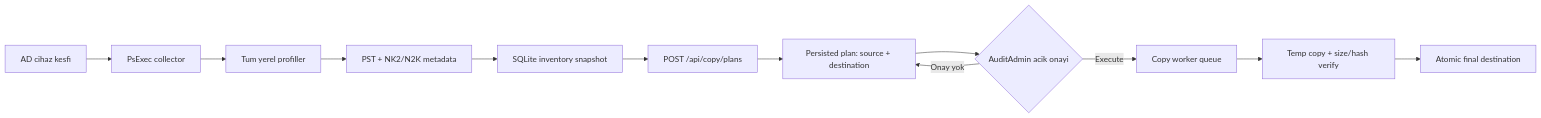
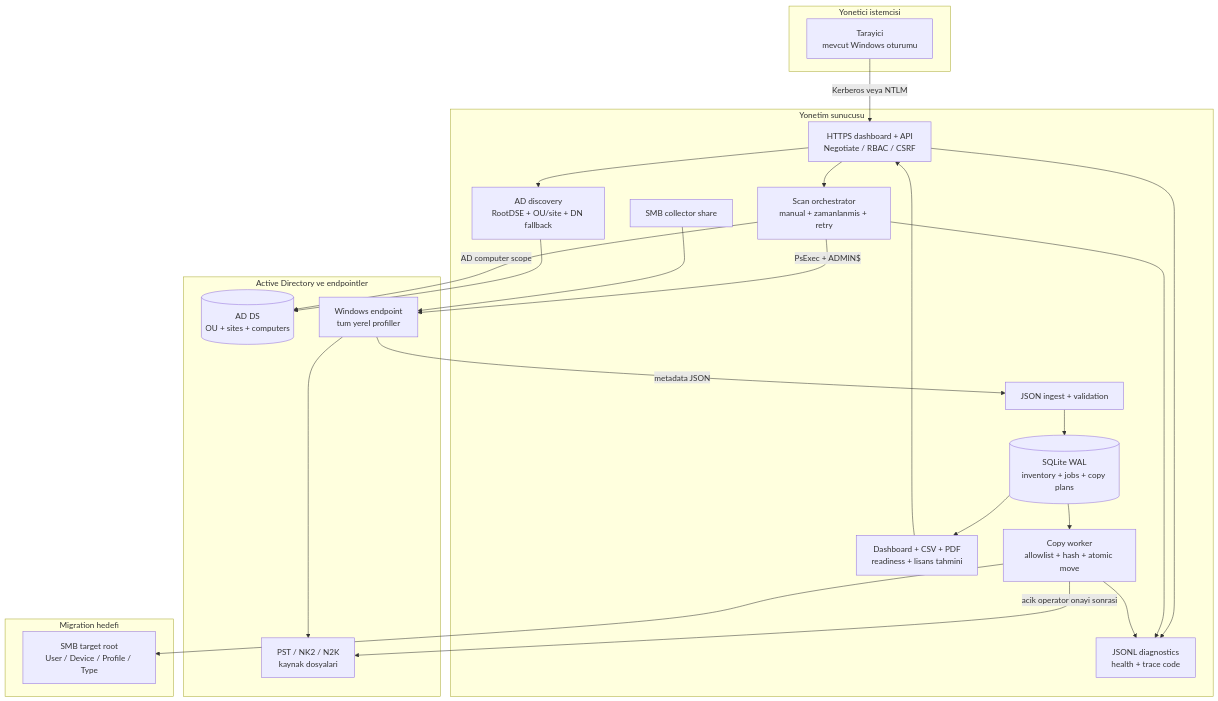
Before and after one commit to deepdarbe/O365AuditTool: the first of 2 diagrams in docs/O365-ARTIFACT-COPY-ARCHITECTURE.md, drawn with Mermaid. The commit also changed other lines of this file and 28 other files, not shown here.

Commit message:
feat: harden audit operations and dashboard

````diff
--- a/docs/O365-ARTIFACT-COPY-ARCHITECTURE.md
+++ b/docs/O365-ARTIFACT-COPY-ARCHITECTURE.md
@@ -9,14 +9,47 @@
 ```mermaid
-flowchart LR
-    A["AD cihaz kesfi"] --> B["PsExec collector"]
-    B --> C["Tum yerel profiller"]
-    C --> D["PST + NK2/N2K metadata"]
-    D --> E["SQLite inventory snapshot"]
-    E --> F["POST /api/copy/plans"]
-    F --> G["Persisted plan: source + destination"]
-    G --> H{"AuditAdmin acik onayi"}
-    H -->|Onay yok| G
-    H -->|Execute| I["Copy worker queue"]
-    I --> J["Temp copy + size/hash verify"]
-    J --> K["Atomic final destination"]
+flowchart TB
+    subgraph Client["Yonetici istemcisi"]
+        Browser["Tarayici\nmevcut Windows oturumu"]
+    end
+
+    subgraph Management["Yonetim sunucusu"]
+        Edge["HTTPS dashboard + API\nNegotiate / RBAC / CSRF"]
+        Directory["AD discovery\nRootDSE + OU/site + DN fallback"]
+        Orchestrator["Scan orchestrator\nmanual + zamanlanmis + retry"]
+        Ingest["JSON ingest + validation"]
+        Database[("SQLite WAL\ninventory + jobs + copy plans")]
+        Reports["Dashboard + CSV + PDF\nreadiness + lisans tahmini"]
+        Copy["Copy worker\nallowlist + hash + atomic move"]
+        Logs["JSONL diagnostics\nhealth + trace code"]
+        Share["SMB collector share"]
+    end
+
+    subgraph Domain["Active Directory ve endpointler"]
+        AD[("AD DS\nOU + sites + computers")]
+        Endpoint["Windows endpoint\ntum yerel profiller"]
+        Source["PST / NK2 / N2K\nkaynak dosyalari"]
+    end
+
+    subgraph Destination["Migration hedefi"]
+        Target["SMB target root\nUser / Device / Profile / Type"]
+    end
+
+    Browser -->|"Kerberos veya NTLM"| Edge
+    Edge --> Directory
+    Directory --> AD
+    Edge --> Orchestrator
+    Orchestrator -->|"AD computer scope"| AD
+    Orchestrator -->|"PsExec + ADMIN$"| Endpoint
+    Share --> Endpoint
+    Endpoint -->|"metadata JSON"| Ingest
+    Endpoint --> Source
+    Ingest --> Database
+    Database --> Reports
+    Reports --> Edge
+    Database --> Copy
+    Copy -->|"acik operator onayi sonrasi"| Source
+    Copy --> Target
+    Edge --> Logs
+    Orchestrator --> Logs
+    Copy --> Logs
 ```
````
